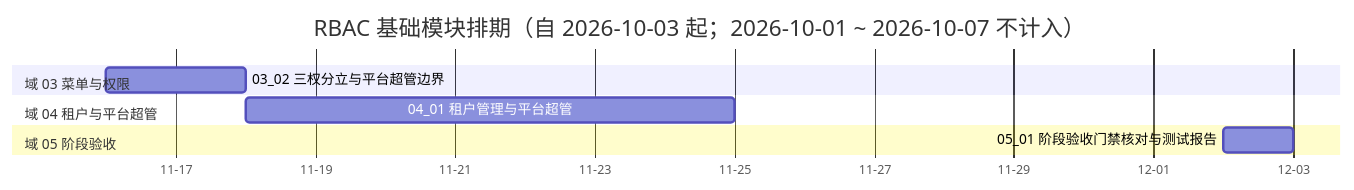
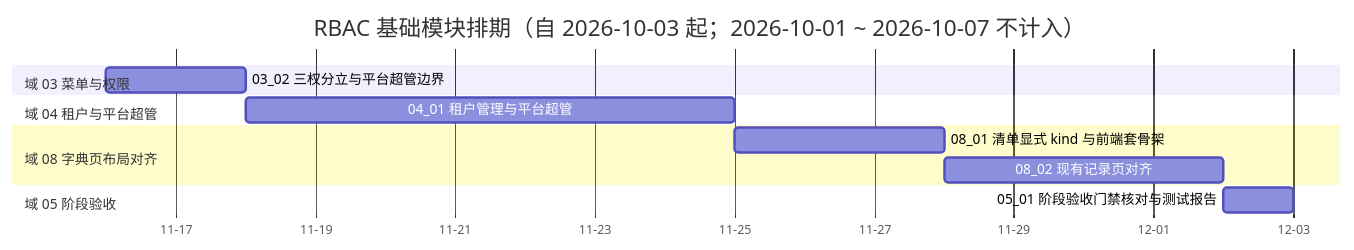
One commit to minjian123/basic-management-system changed the diagram in bms文档/项目/07_RBAC基础模块/计划/01_计划_RBAC基础模块.md. Above: the diagram before and after it, drawn with Mermaid. The commit also changed other lines of this file and 5 other files, not shown here.

````diff
--- a/bms文档/项目/07_RBAC基础模块/计划/01_计划_RBAC基础模块.md
+++ b/bms文档/项目/07_RBAC基础模块/计划/01_计划_RBAC基础模块.md
@@ -67,15 +71,18 @@
 ```mermaid
 gantt
     title RBAC 基础模块排期（自 2026-10-03 起；2026-10-01 ~ 2026-10-07 不计入）
     dateFormat  YYYY-MM-DD
     axisFormat %m-%d
     section 域 01 插件化挂接
     section 域 03 菜单与权限
     03_02 三权分立与平台超管边界 :a0302, 2026-11-16, 2d
     section 域 02 用户与角色
     section 域 04 租户与平台超管
     04_01 租户管理与平台超管 :a0401, 2026-11-18, 7d
     section 域 07 原型对照结论补齐
+    section 域 08 字典页布局对齐
+    08_01 清单显式 kind 与前端套骨架 :a0801, 2026-11-25, 3d
+    08_02 现有记录页对齐 :a0802, 2026-11-28, 4d
     section 域 05 阶段验收
     05_01 阶段验收门禁核对与测试报告 :a0501, 2026-12-02, 1d
 ```
````
